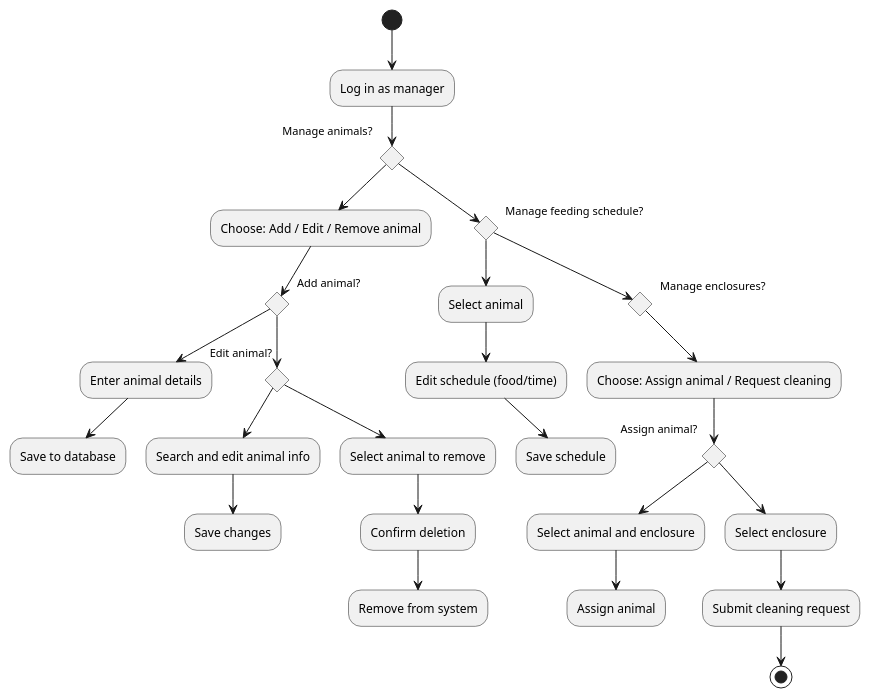
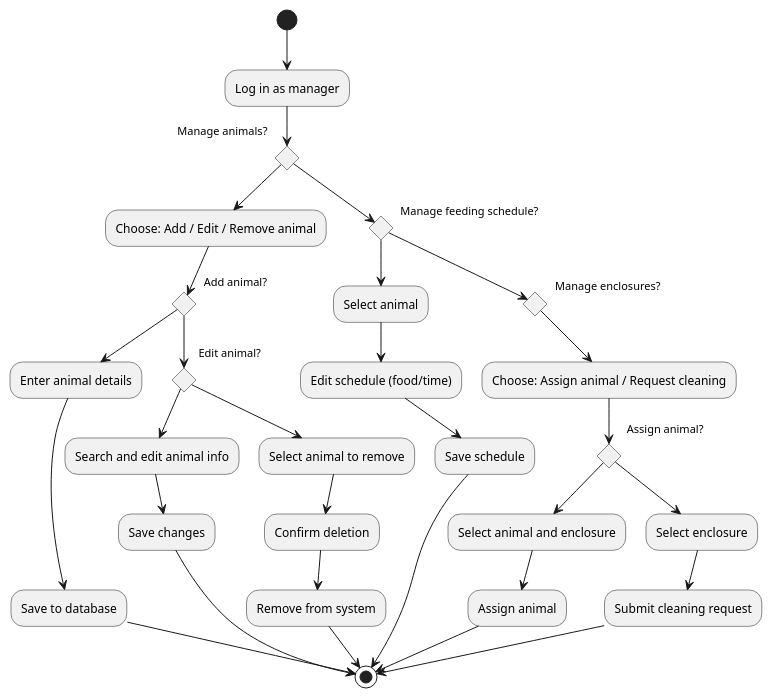
The diagram in activity_manager.plantuml (font-weight/OOD_zoo_management), drawn with PlantUML before and after one commit.

```diff
--- a/activity_manager.plantuml
+++ b/activity_manager.plantuml
@@ -1,40 +1,45 @@
 @startuml
 (*) --> "Log in as manager"
 
 if "Manage animals?" then
   --> "Choose: Add / Edit / Remove animal"
   if "Add animal?" then
     --> "Enter animal details"
     --> "Save to database"
+    --> (*)
   else
     if "Edit animal?" then
       --> "Search and edit animal info"
       --> "Save changes"
+      --> (*)
     else
       --> "Select animal to remove"
       --> "Confirm deletion"
       --> "Remove from system"
+      --> (*)
     endif
   endif
 
 else
   if "Manage feeding schedule?" then
     --> "Select animal"
     --> "Edit schedule (food/time)"
     --> "Save schedule"
+    --> (*)
   else
     if "Manage enclosures?" then
       --> "Choose: Assign animal / Request cleaning"
       if "Assign animal?" then
         --> "Select animal and enclosure"
         --> "Assign animal"
+        --> (*)
       else
         --> "Select enclosure"
         --> "Submit cleaning request"
+        --> (*)
       endif
     endif
   endif
 endif
 
---> (*)
 @enduml
```
